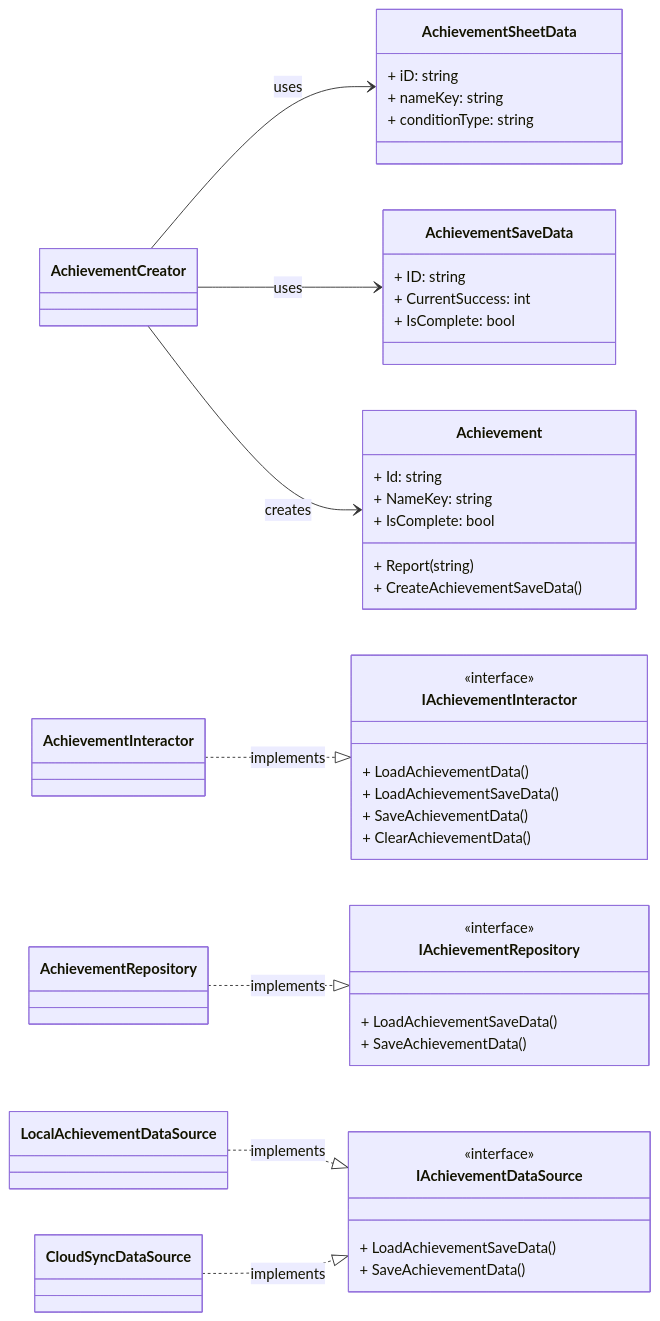
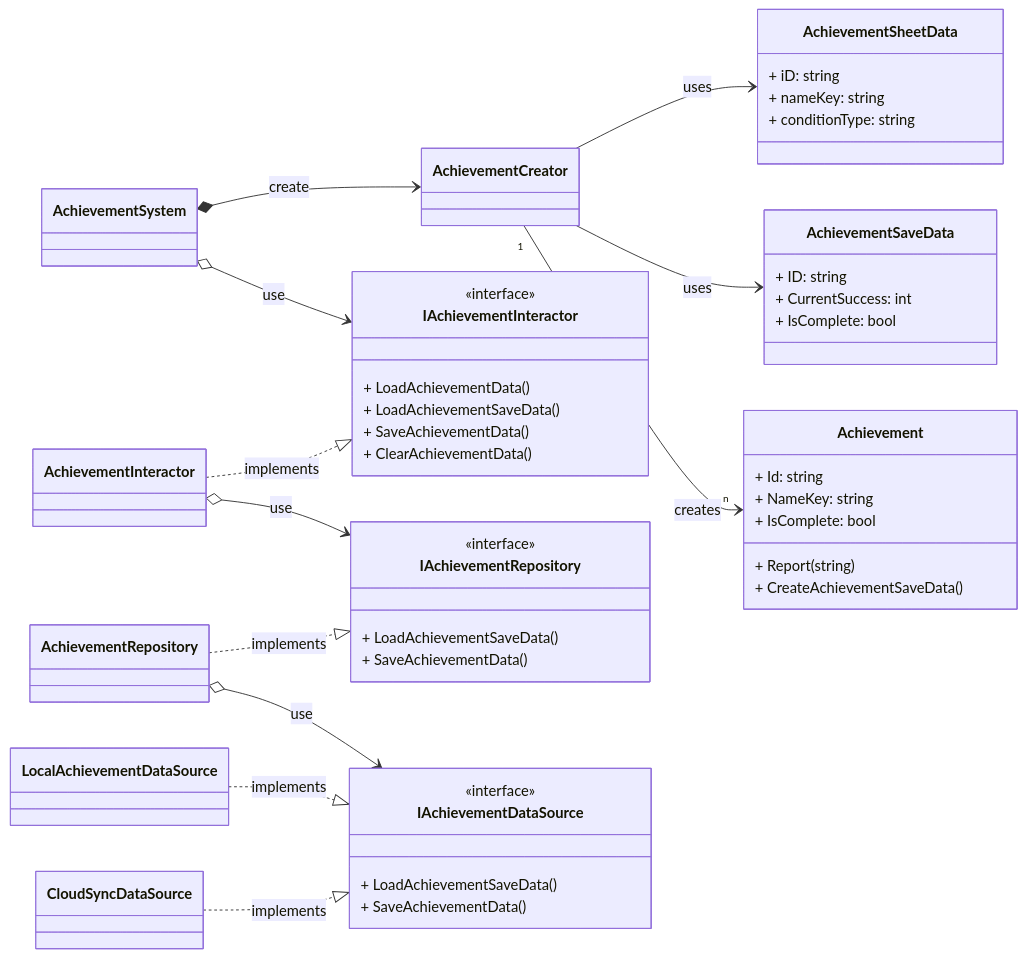
The third of 5 diagrams in content/docs/Projects/SlimeRush/AchievementSystem/Overview.md (CosmicGiantKoala/CosmicGiantKoala.github.io), drawn with Mermaid before and after one commit. The commit also changed other lines of this file and 17 other files, not shown here.

First line of the commit message:
docs: SlimeRush AchievementSystem 문서 구조 개선

````diff
--- a/content/docs/Projects/SlimeRush/AchievementSystem/Overview.md
+++ b/content/docs/Projects/SlimeRush/AchievementSystem/Overview.md
@@ -109,51 +249,57 @@
 ```mermaid
 classDiagram
     direction LR
+    class AchievementCreator
+    
     class Achievement {
         + Id: string
         + NameKey: string
         + IsComplete: bool
         + Report(string)
         + CreateAchievementSaveData()
     }
 
     class AchievementSheetData {
         + iD: string
         + nameKey: string
         + conditionType: string
     }
 
     class AchievementSaveData {
         + ID: string
         + CurrentSuccess: int
         + IsComplete: bool
     }
 
     class IAchievementInteractor {
         <<interface>>
         + LoadAchievementData()
         + LoadAchievementSaveData()
         + SaveAchievementData()
         + ClearAchievementData()
     }
 
     class IAchievementRepository {
         <<interface>>
         + LoadAchievementSaveData()
         + SaveAchievementData()
     }
 
     class IAchievementDataSource {
         <<interface>>
         + LoadAchievementSaveData()
         + SaveAchievementData()
     }
 
+    AchievementSystem *--> AchievementCreator : create
+    AchievementSystem o--> IAchievementInteractor : use
     AchievementCreator --> AchievementSheetData: uses
     AchievementCreator --> AchievementSaveData: uses
-    AchievementCreator --> Achievement: creates
+    AchievementCreator "1" --> "n" Achievement: creates
     AchievementInteractor ..|> IAchievementInteractor: implements
+    AchievementInteractor o--> IAchievementRepository : use
     AchievementRepository ..|> IAchievementRepository: implements
+    AchievementRepository o--> IAchievementDataSource : use
     LocalAchievementDataSource ..|> IAchievementDataSource: implements
     CloudSyncDataSource ..|> IAchievementDataSource: implements
 ```
````
